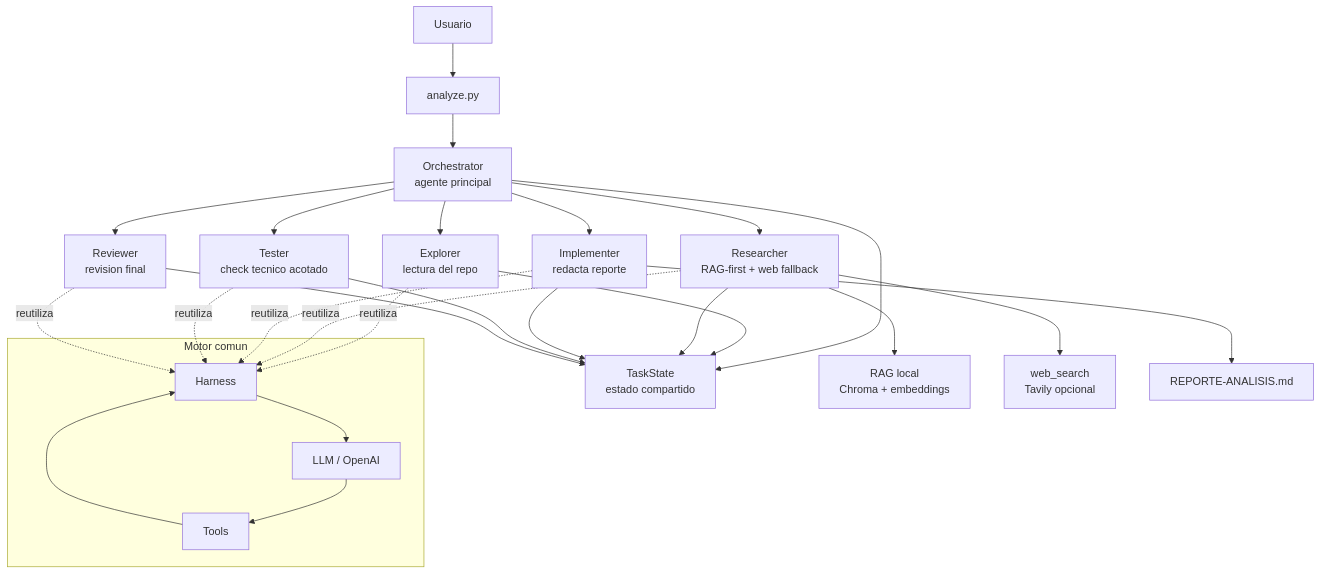
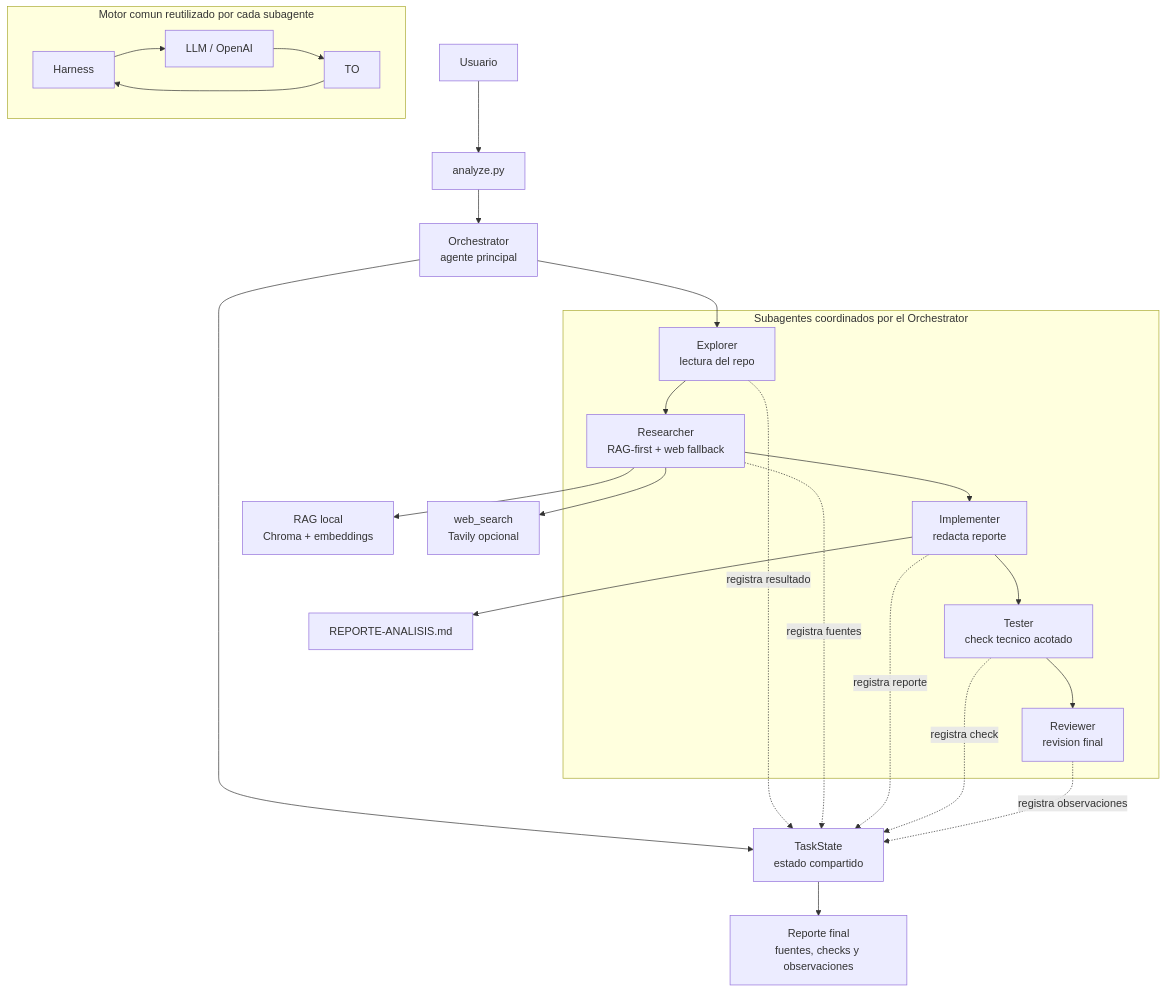
Before and after one commit to n-mangini/coding-agent: the diagram in docs/entregables/4-arquitectura.md, drawn with Mermaid. The commit also changed other lines of this file, not shown here.

Commit message:
docs: ajustar diagramas Mermaid de entregables  Simplifica el diagrama de arquitectura para mejorar su legibilidad

````diff
--- a/docs/entregables/4-arquitectura.md
+++ b/docs/entregables/4-arquitectura.md
@@ -26,37 +26,37 @@
 ```mermaid
 flowchart TD
     U["Usuario"] --> AN["analyze.py"]
     AN --> OR["Orchestrator<br/>agente principal"]
     OR --> ST["TaskState<br/>estado compartido"]
 
-    OR --> EX["Explorer<br/>lectura del repo"]
-    OR --> RE["Researcher<br/>RAG-first + web fallback"]
-    OR --> IM["Implementer<br/>redacta reporte"]
-    OR --> TE["Tester<br/>check tecnico acotado"]
-    OR --> RV["Reviewer<br/>revision final"]
+    subgraph SA["Subagentes coordinados por el Orchestrator"]
+        EX["Explorer<br/>lectura del repo"]
+        RE["Researcher<br/>RAG-first + web fallback"]
+        IM["Implementer<br/>redacta reporte"]
+        TE["Tester<br/>check tecnico acotado"]
+        RV["Reviewer<br/>revision final"]
+    end
 
-    EX --> ST
-    RE --> ST
-    IM --> ST
-    TE --> ST
-    RV --> ST
+    OR --> EX
+    EX --> RE
+    RE --> IM
+    IM --> TE
+    TE --> RV
+
+    EX -. registra resultado .-> ST
+    RE -. registra fuentes .-> ST
+    IM -. registra reporte .-> ST
+    TE -. registra check .-> ST
+    RV -. registra observaciones .-> ST
 
     RE --> RAG["RAG local<br/>Chroma + embeddings"]
     RE --> WEB["web_search<br/>Tavily opcional"]
     IM --> REP["REPORTE-ANALISIS.md"]
+    ST --> OUT["Reporte final<br/>fuentes, checks y observaciones"]
 
-    subgraph Base["Motor comun"]
-        H["Harness"]
-        L["LLM / OpenAI"]
-        TO["Tools"]
-        H --> L
+    subgraph HZ["Motor comun reutilizado por cada subagente"]
+        H["Harness"] --> L["LLM / OpenAI"]
         L --> TO
         TO --> H
     end
-
-    EX -. reutiliza .-> H
-    RE -. reutiliza .-> H
-    IM -. reutiliza .-> H
-    TE -. reutiliza .-> H
-    RV -. reutiliza .-> H
 ```
````
